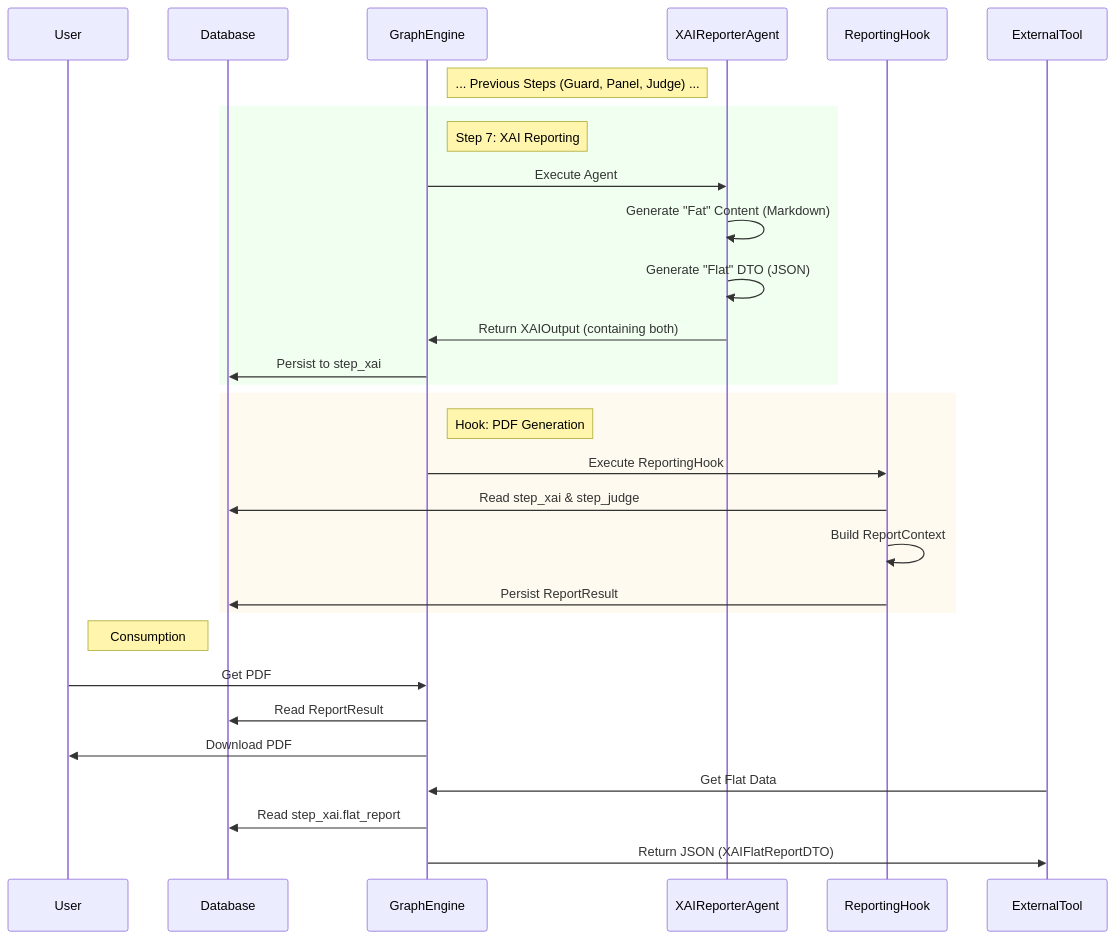
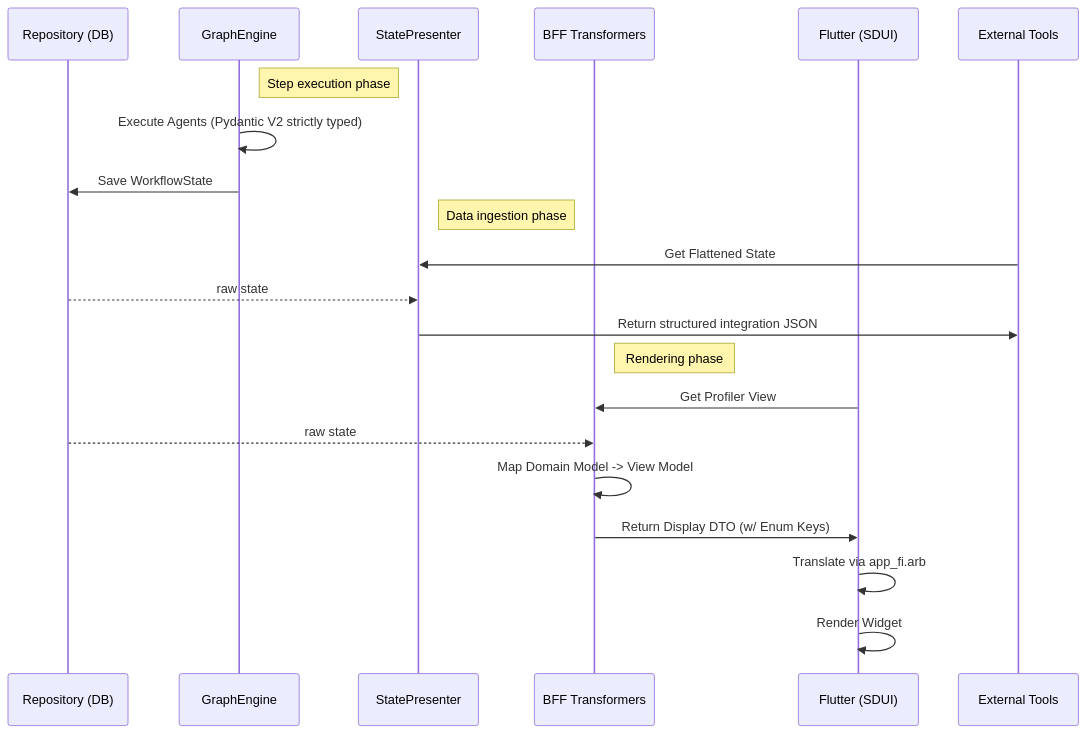
One commit to launis/quorum changed the diagram in docs/output_generation_pipeline.md. Above: the diagram before and after it, drawn with Mermaid. The commit also changed other lines of this file and 146 other files, not shown here.

Commit message:
feat: Implement core Quorum system with agent orchestration, structured data seeding, and comprehensive documentation.

````diff
--- a/docs/output_generation_pipeline.md
+++ b/docs/output_generation_pipeline.md
@@ -225,38 +86,26 @@
 ```mermaid
 sequenceDiagram
-    participant U as User
-    participant DB as Database
+    participant DB as Repository (DB)
     participant E as GraphEngine
-    participant A as XAIReporterAgent
-    participant R as ReportingHook
-    participant EXT as ExternalTool
+    participant SP as StatePresenter
+    participant BFF as BFF Transformers
+    participant UI as Flutter (SDUI)
+    participant EXT as External Tools
 
-    note right of E: ... Previous Steps (Guard, Panel, Judge) ...
+    note right of E: Step execution phase
+    E->>E: Execute Agents (Pydantic V2 strictly typed)
+    E->>DB: Save WorkflowState
+    
+    note right of SP: Data ingestion phase
+    EXT->>SP: Get Flattened State
+    DB-->>SP: raw state
+    SP->>EXT: Return structured integration JSON
 
-    rect rgb(240, 255, 240)
-    note right of E: Step 7: XAI Reporting
-    E->>A: Execute Agent
-    A->>A: Generate "Fat" Content (Markdown)
-    A->>A: Generate "Flat" DTO (JSON)
-    A->>E: Return XAIOutput (containing both)
-    E->>DB: Persist to step_xai
-    end
-    
-    rect rgb(255, 250, 240)
-    note right of E: Hook: PDF Generation
-    E->>R: Execute ReportingHook
-    R->>DB: Read step_xai & step_judge
-    R->>R: Build ReportContext
-    R->>DB: Persist ReportResult
-    end
-    
-    note right of U: Consumption
-    
-    U->>E: Get PDF
-    E->>DB: Read ReportResult
-    E->>U: Download PDF
-    
-    EXT->>E: Get Flat Data
-    E->>DB: Read step_xai.flat_report
-    E->>EXT: Return JSON (XAIFlatReportDTO)
+    note right of BFF: Rendering phase
+    UI->>BFF: Get Profiler View
+    DB-->>BFF: raw state
+    BFF->>BFF: Map Domain Model -> View Model
+    BFF->>UI: Return Display DTO (w/ Enum Keys)
+    UI->>UI: Translate via app_fi.arb
+    UI->>UI: Render Widget
 ```
````
